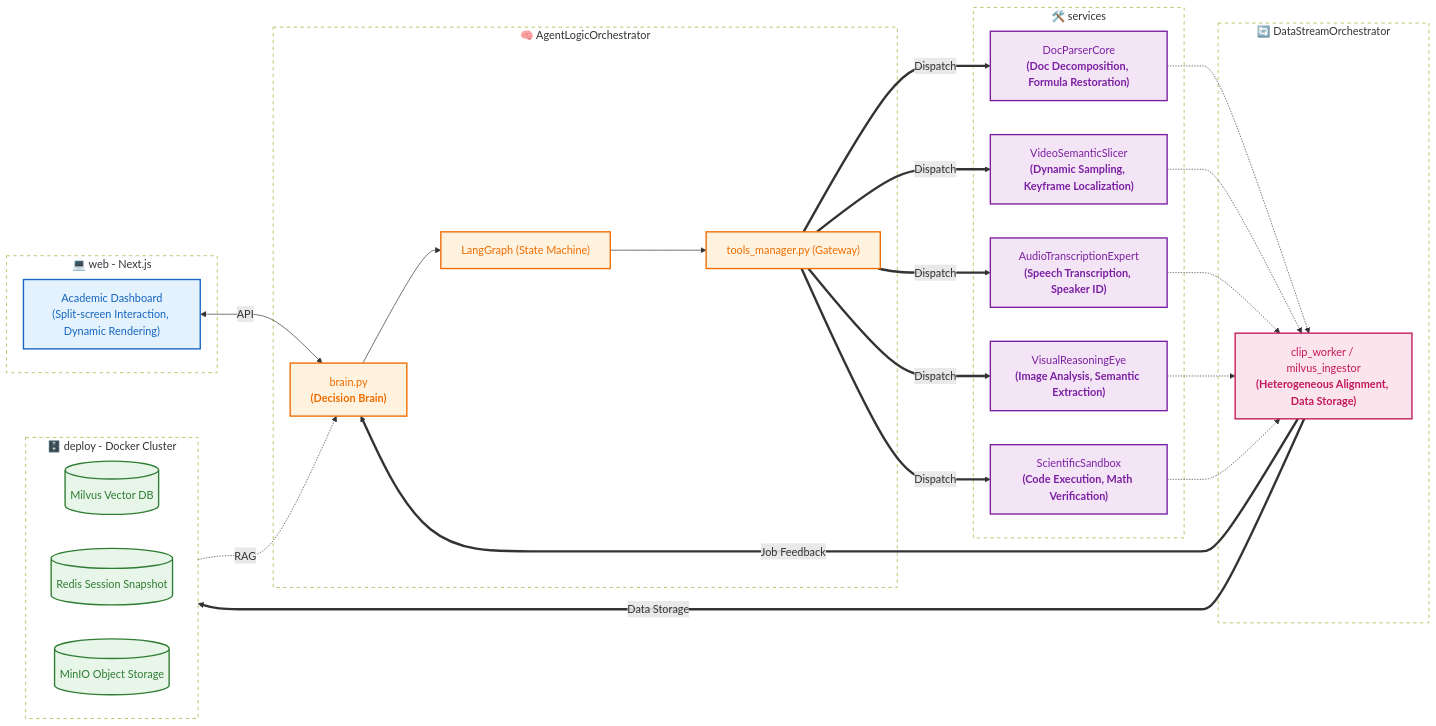
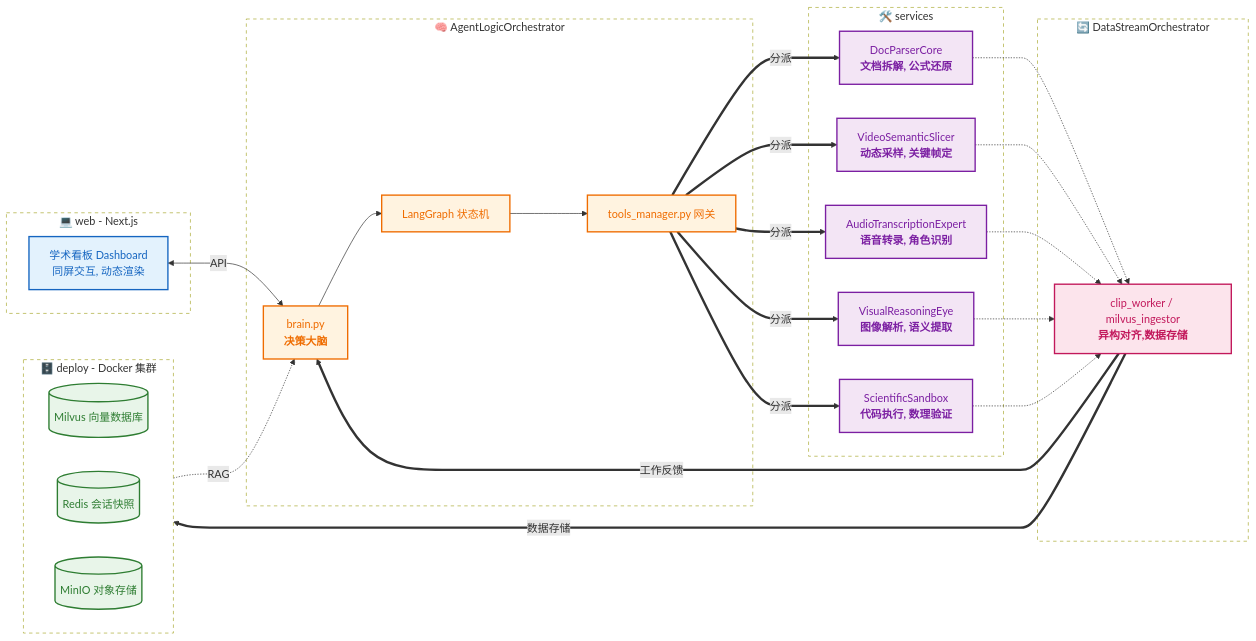
The diagram in README.md (wrongtrojan/AcademicAgent-Suite), drawn with Mermaid before and after one commit. The commit also changed other lines of this file and 19 other files, not shown here.

````diff
--- a/README.md
+++ b/README.md
@@ -303,69 +292,69 @@
 ```mermaid
 graph LR
-    %% Global Style Definitions
+    %% 全局样式定义
     classDef webStyle fill:#e3f2fd,stroke:#1565c0,stroke-width:2px,color:#1565c0
     classDef coreStyle fill:#fff3e0,stroke:#ef6c00,stroke-width:2px,color:#ef6c00
     classDef serviceStyle fill:#f3e5f5,stroke:#7b1fa2,stroke-width:2px,color:#7b1fa2
     classDef dataStyle fill:#fce4ec,stroke:#c2185b,stroke-width:2px,color:#c2185b
     classDef deployStyle fill:#e8f5e9,stroke:#2e7d32,stroke-width:2px,color:#2e7d32
 
-    %% 1. User Interaction Layer
+    %% 1. 用户交互层
     subgraph web_env [💻 web - Next.js]
-        UI["Academic Dashboard<br/>(Split-screen Interaction, Dynamic Rendering)"]:::webStyle
+        UI["学术看板 Dashboard<br/>同屏交互, 动态渲染"]:::webStyle
     end
 
-    %% 2. Core Orchestration Layer
+    %% 2. 核心调度层
     subgraph core_env [🧠 AgentLogicOrchestrator]
-        brain["brain.py<br/><b>(Decision Brain)</b>"]:::coreStyle
-        state["LangGraph (State Machine)"]:::coreStyle
-        tools_manager["tools_manager.py (Gateway)"]:::coreStyle
+        brain["brain.py<br/><b>决策大脑</b>"]:::coreStyle
+        state[LangGraph 状态机]:::coreStyle
+        tools_manager[tools_manager.py 网关]:::coreStyle
         
         brain --> state --> tools_manager
     end
 
-    %% 3. Execution Expert Library
+    %% 3. 执行专家库
     subgraph services_envs [🛠️ services ]
-        DP["DocParserCore<br/><b>(Doc Decomposition, Formula Restoration)</b>"]:::serviceStyle
-        VS["VideoSemanticSlicer<br/><b>(Dynamic Sampling, Keyframe Localization)</b>"]:::serviceStyle
-        AE["AudioTranscriptionExpert<br/><b>(Speech Transcription, Speaker ID)</b>"]:::serviceStyle
-        RE["VisualReasoningEye<br/><b>(Image Analysis, Semantic Extraction)</b>"]:::serviceStyle
-        SB["ScientificSandbox<br/><b>(Code Execution, Math Verification)</b>"]:::serviceStyle
+        DP["DocParserCore<br/><b>文档拆解, 公式还原</b>"]:::serviceStyle
+        VS["VideoSemanticSlicer<br/><b>动态采样, 关键帧定</b>"]:::serviceStyle
+        AE["AudioTranscriptionExpert<br/><b>语音转录, 角色识别</b>"]:::serviceStyle
+        RE["VisualReasoningEye<br/><b>图像解析, 语义提取</b>"]:::serviceStyle
+        SB["ScientificSandbox<br/><b>代码执行, 数理验证</b>"]:::serviceStyle
     end
 
-    %% 4. Data Orchestration Layer
+    %% 4. 数据调度层
     subgraph data_env [🔄 DataStreamOrchestrator]
-        DSO["clip_worker / milvus_ingestor<br/><b>(Heterogeneous Alignment, Data Storage)</b>"]:::dataStyle
+        DSO["clip_worker / milvus_ingestor<br/><b>异构对齐,数据存储</b>"]:::dataStyle
     end
 
-    %% 5. Infrastructure Layer
-    subgraph deploy_env [🗄️ deploy - Docker Cluster]
+    %% 5. 基础设施层
+    subgraph deploy_env [🗄️ deploy - Docker 集群]
         direction LR
-        Milvus[(Milvus Vector DB)]:::deployStyle
-        Redis[(Redis Session Snapshot)]:::deployStyle
-        MinIO[(MinIO Object Storage)]:::deployStyle
+        Milvus[(Milvus 向量数据库)]:::deployStyle
+        Redis[(Redis 会话快照)]:::deployStyle
+        MinIO[(MinIO 对象存储)]:::deployStyle
     end
 
-    %% Instruction Flow
+    %% 指令流
     UI <--> |API| brain
-    tools_manager ==> |Dispatch| DP
-    tools_manager ==> |Dispatch| VS
-    tools_manager ==> |Dispatch| AE
-    tools_manager ==> |Dispatch| RE
-    tools_manager ==> |Dispatch| SB
+    tools_manager ==> |分派| DP
+    tools_manager ==> |分派| VS
+    tools_manager ==> |分派| AE
+    tools_manager ==> |分派| RE
+    tools_manager ==> |分派| SB
     
-    %% Data Lifecycle Flow
+    %% 数据生命周期流
     DP & VS & AE & RE & SB -.-> DSO
-    DSO ==> |Data Storage| deploy_env
-    DSO ==> |Job Feedback| brain
+    DSO ==> |数据存储| deploy_env
+    DSO ==> |工作反馈| brain
     
-    %% Feedback Loop
+    %% 反馈循环
     deploy_env -.-> |RAG| brain
     
 
-    %% Layout Optimization
+    %% 布局优化
     style web_env fill:transparent,stroke-dasharray: 5 5
     style core_env fill:transparent,stroke-dasharray: 5 5
     style services_envs fill:transparent,stroke-dasharray: 5 5
     style data_env fill:transparent,stroke-dasharray: 5 5
     style deploy_env fill:transparent,stroke-dasharray: 5 5
 ```
````
